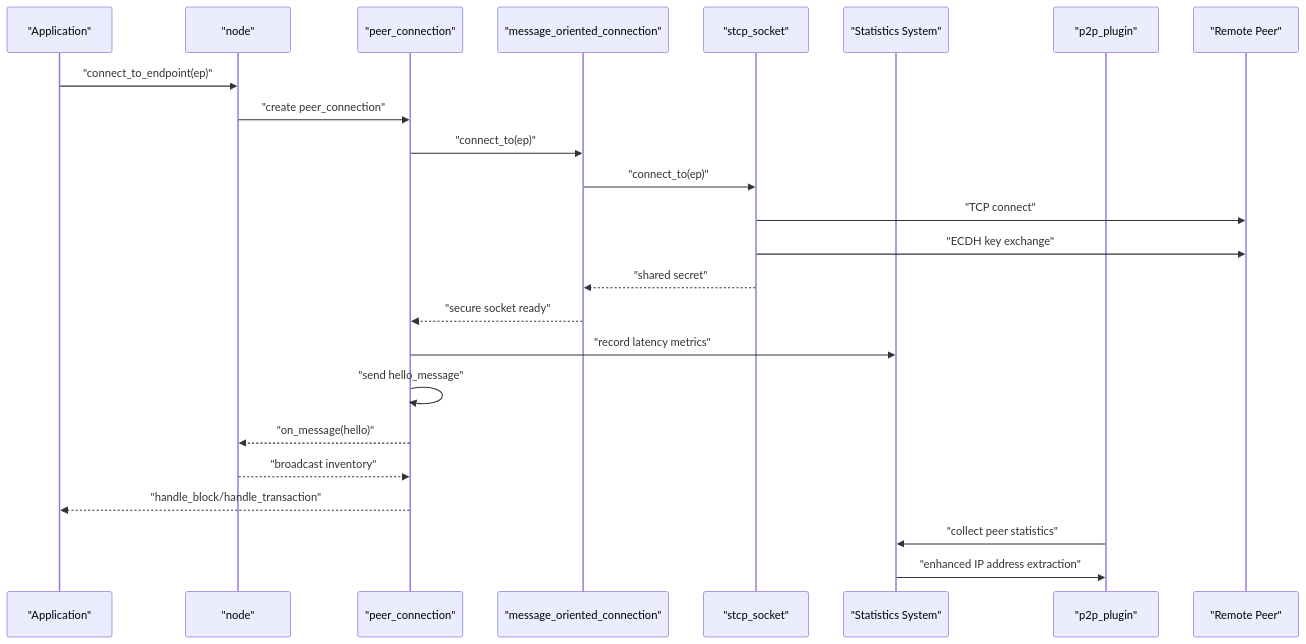
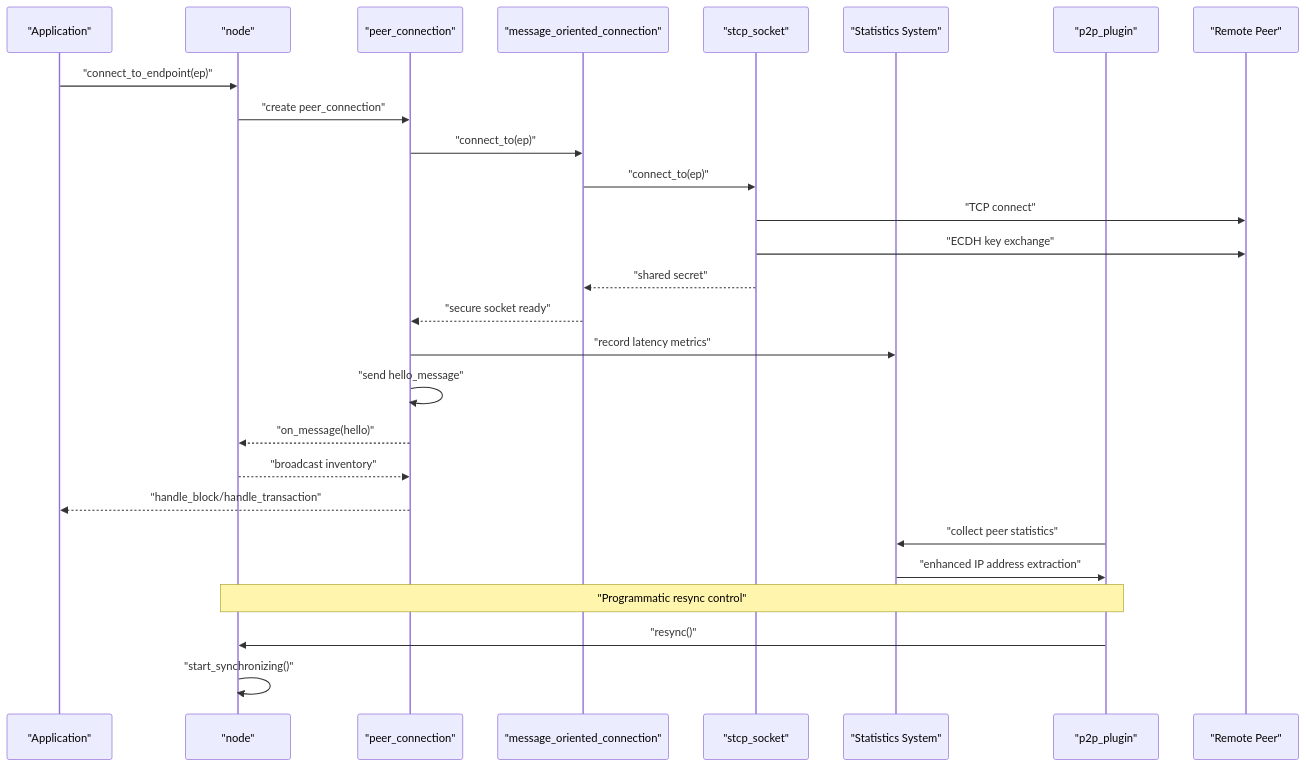
Before and after one commit to VIZ-Blockchain/viz-cpp-node: the second of 13 diagrams in .qoder/repowiki/en/content/Architecture Overview/Core Libraries/Network Library/Network Library.md, drawn with Mermaid. The commit also changed other lines of this file and 11 other files, not shown here.

````diff
--- a/.qoder/repowiki/en/content/Architecture Overview/Core Libraries/Network Library/Network Library.md
+++ b/.qoder/repowiki/en/content/Architecture Overview/Core Libraries/Network Library/Network Library.md
@@ -135,26 +142,29 @@
 ```mermaid
 sequenceDiagram
 participant App as "Application"
 participant Node as "node"
 participant Peer as "peer_connection"
 participant MOC as "message_oriented_connection"
 participant STCP as "stcp_socket"
 participant Stats as "Statistics System"
 participant P2P as "p2p_plugin"
 participant Net as "Remote Peer"
 App->>Node : "connect_to_endpoint(ep)"
 Node->>Peer : "create peer_connection"
 Peer->>MOC : "connect_to(ep)"
 MOC->>STCP : "connect_to(ep)"
 STCP->>Net : "TCP connect"
 STCP->>Net : "ECDH key exchange"
 STCP-->>MOC : "shared secret"
 MOC-->>Peer : "secure socket ready"
 Peer->>Stats : "record latency metrics"
 Peer->>Peer : "send hello_message"
 Peer-->>Node : "on_message(hello)"
 Node-->>Peer : "broadcast inventory"
 Peer-->>App : "handle_block/handle_transaction"
 P2P->>Stats : "collect peer statistics"
 Stats->>P2P : "enhanced IP address extraction"
+Note over Node,P2P : "Programmatic resync control"
+P2P->>Node : "resync()"
+Node->>Node : "start_synchronizing()"
 ```
````
